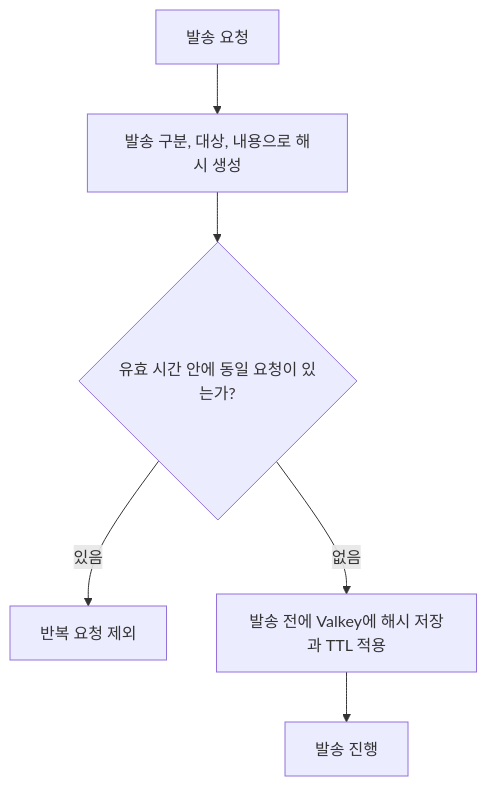
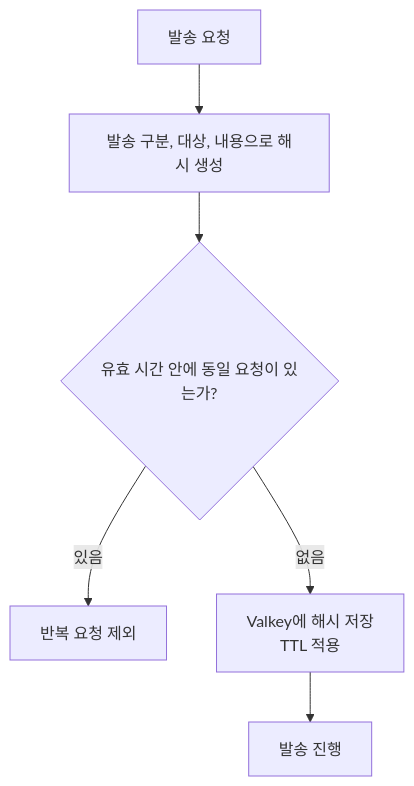
The first of 3 diagrams in projects/education-services/notifications.md (KimHG1995/work-history), drawn with Mermaid before and after one commit. The commit also changed other lines of this file and 18 other files, not shown here.

Commit message:
docs: 공개 Mermaid 다이어그램 가독성 전수 개선

````diff
--- a/projects/education-services/notifications.md
+++ b/projects/education-services/notifications.md
@@ -78,8 +78,8 @@
 ```mermaid
 flowchart TD
     request["발송 요청"] --> hash["발송 구분, 대상, 내용으로 해시 생성"]
     hash --> check{"유효 시간 안에 동일 요청이 있는가?"}
     check -->|있음| skip["반복 요청 제외"]
-    check -->|없음| save["발송 전에 Valkey에 해시 저장과 TTL 적용"]
+    check -->|없음| save["Valkey에 해시 저장<br/>TTL 적용"]
     save --> send["발송 진행"]
 ```
````
